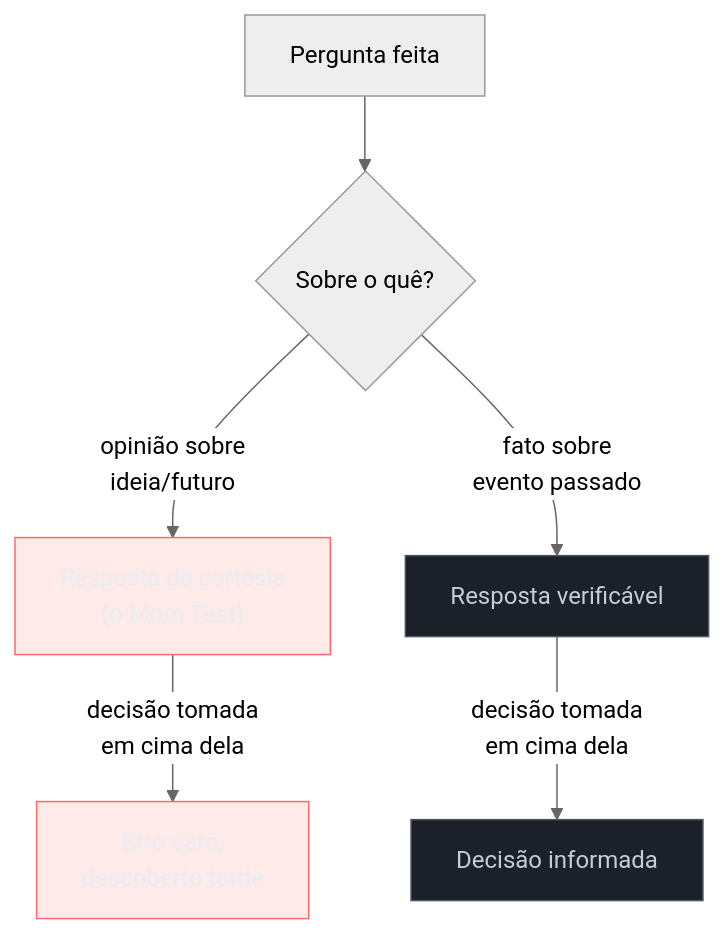
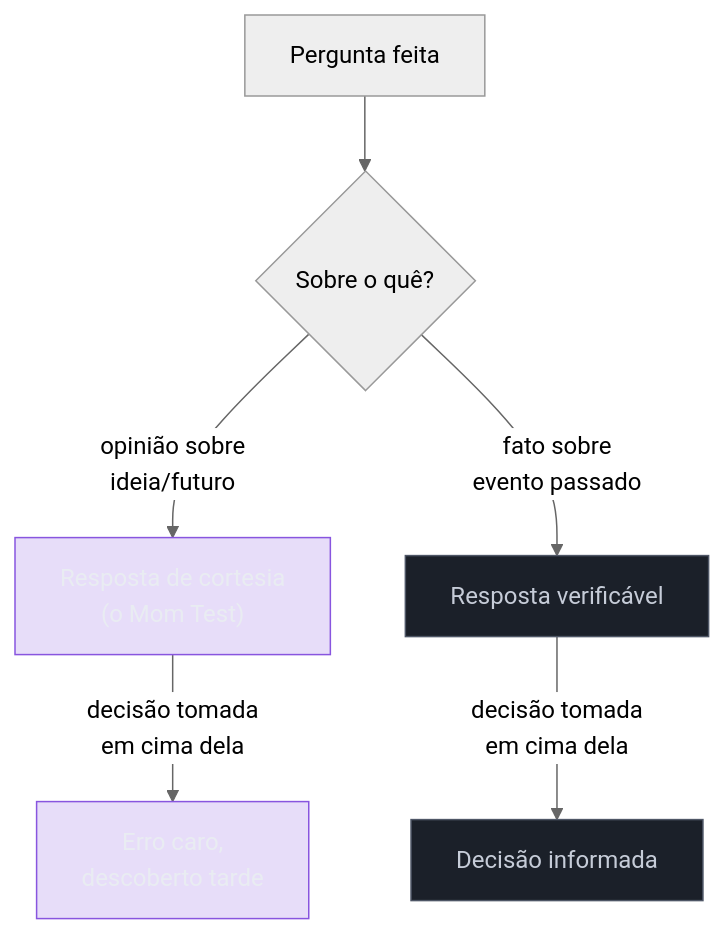
Before and after one commit to josenaldo/codex-technomanticus: the diagram in 03-Dominios/Engenharia/UX/Descoberta e Pesquisa/07 - Entrevista de descoberta - as regras do Mom Test.md, drawn with Mermaid (neutral theme). The commit also changed 601 other files, not shown here.

````diff
--- a/03-Dominios/Engenharia/UX/Descoberta e Pesquisa/07 - Entrevista de descoberta - as regras do Mom Test.md
+++ b/03-Dominios/Engenharia/UX/Descoberta e Pesquisa/07 - Entrevista de descoberta - as regras do Mom Test.md
@@ -37,14 +37,14 @@
 ```mermaid
 graph TD
-    classDef falha fill:#FF6B6B24,stroke:#FF6B6B,color:#E9ECF2
+    classDef marca fill:#8855DF33,stroke:#8855DF,color:#E9ECF2
     classDef neutro fill:#1B2029,stroke:#4E5666,color:#C6CCD8
     Q["Pergunta feita"] --> T{"Sobre o quê?"}
     T -->|"opinião sobre<br/>ideia/futuro"| R["Resposta de cortesia<br/>(o Mom Test)"]
     T -->|"fato sobre<br/>evento passado"| F["Resposta verificável"]
     R -->|"decisão tomada<br/>em cima dela"| E["Erro caro,<br/>descoberto tarde"]
     F -->|"decisão tomada<br/>em cima dela"| D["Decisão informada"]
-    class R falha
-    class E falha
+    class R marca
+    class E marca
     class F neutro
     class D neutro
 ```
````
